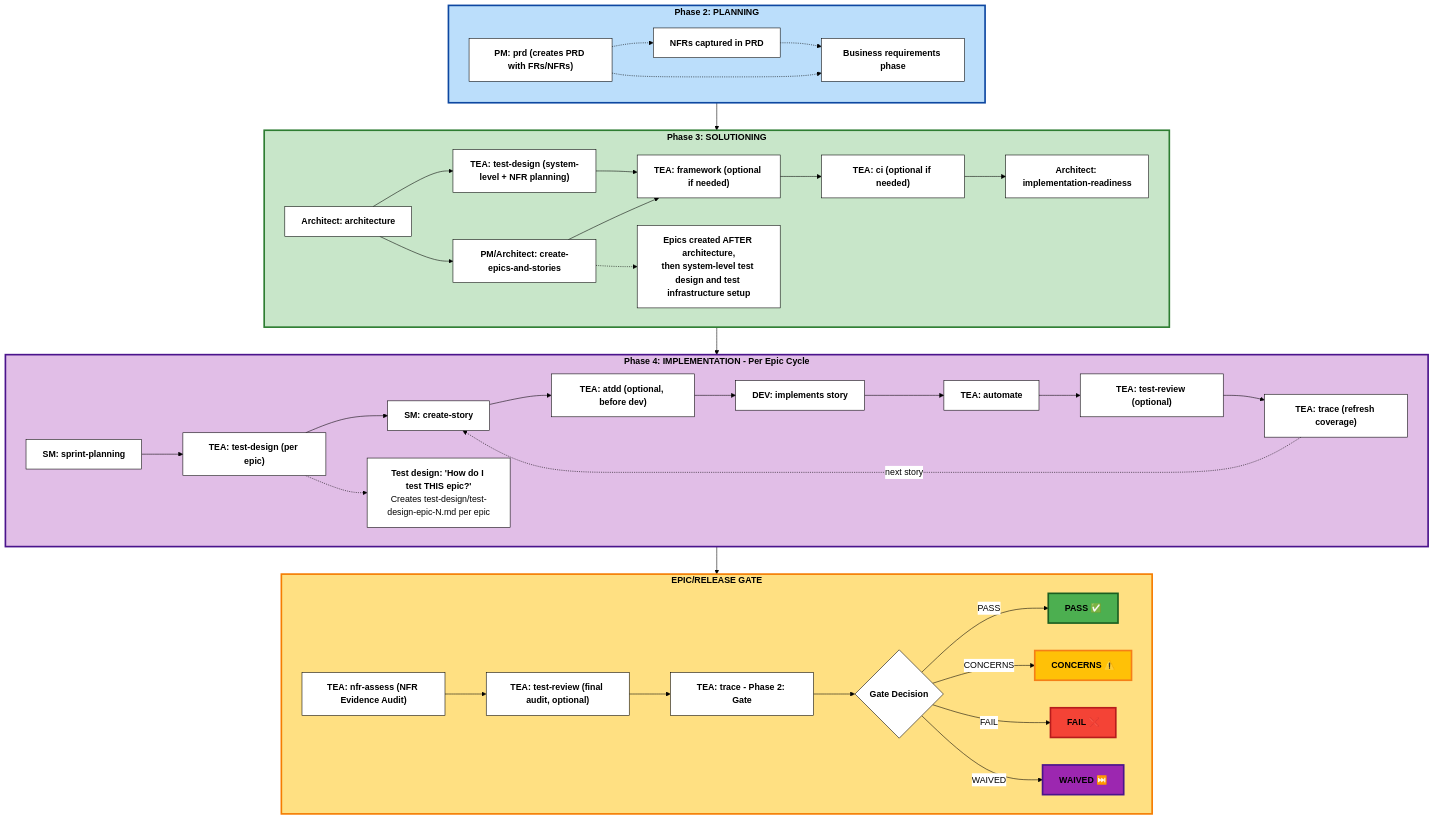
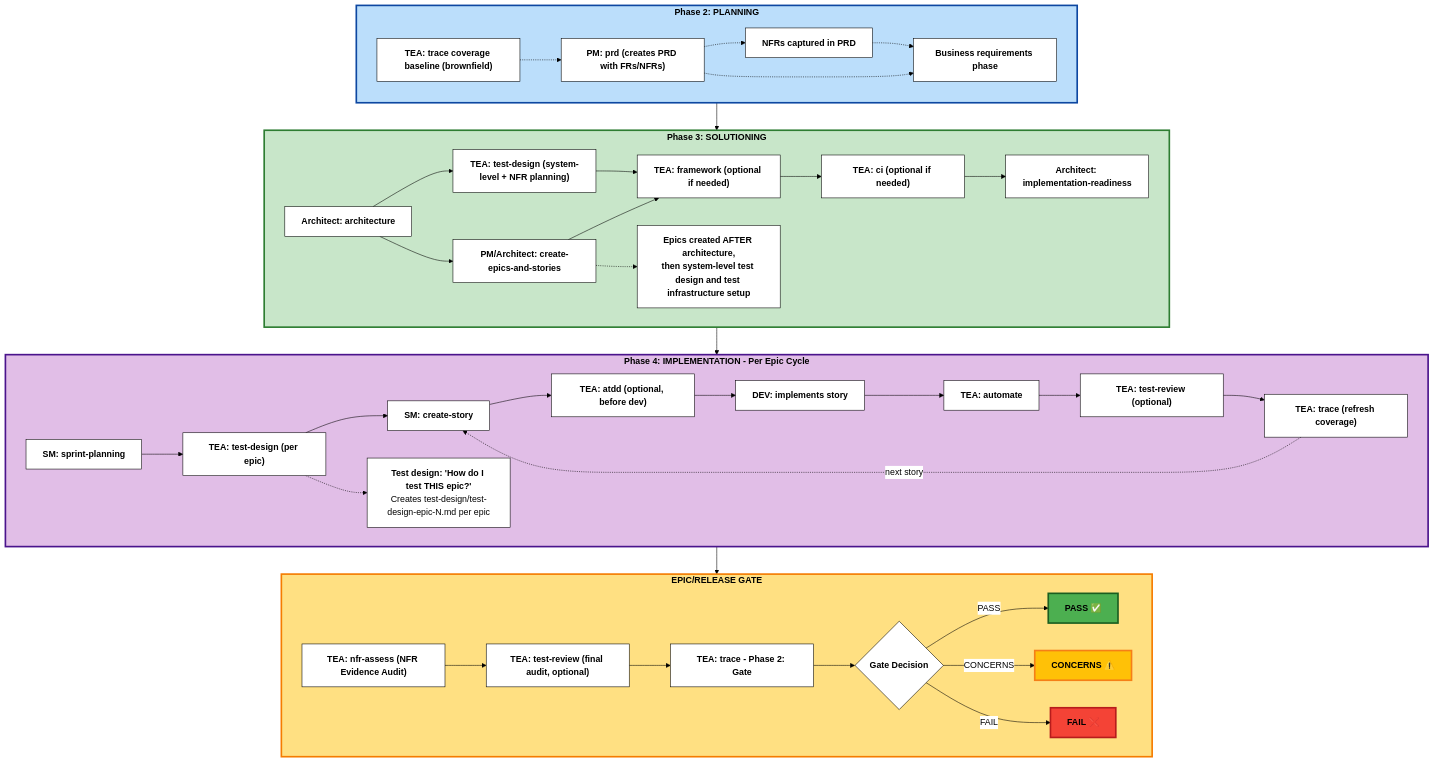
Before and after one commit to bmad-code-org/bmad-method-test-architecture-enterprise: the diagram in docs/explanation/tea-overview.md, drawn with Mermaid. The commit also changed other lines of this file and 96 other files, not shown here.

````diff
--- a/docs/explanation/tea-overview.md
+++ b/docs/explanation/tea-overview.md
@@ -52,79 +61,79 @@
 ```mermaid
 %%{init: {'theme':'base', 'themeVariables': { 'primaryColor':'#fff','primaryTextColor':'#000','primaryBorderColor':'#000','lineColor':'#000','secondaryColor':'#fff','tertiaryColor':'#fff','fontSize':'16px','fontFamily':'arial'}}}%%
 graph TB
     subgraph Phase2["<b>Phase 2: PLANNING</b>"]
+        TraceBaseline["<b>TEA: trace coverage baseline (brownfield)</b>"]
         PM["<b>PM: prd (creates PRD with FRs/NFRs)</b>"]
+        TraceBaseline -.-> PM
         PlanNote["<b>Business requirements phase</b>"]
         PrdNfr["<b>NFRs captured in PRD</b>"]
         PM -.-> PrdNfr
         PrdNfr -.-> PlanNote
         PM -.-> PlanNote
     end
 
     subgraph Phase3["<b>Phase 3: SOLUTIONING</b>"]
         Architecture["<b>Architect: architecture</b>"]
         EpicsStories["<b>PM/Architect: create-epics-and-stories</b>"]
         TestDesignSys["<b>TEA: test-design (system-level + NFR planning)</b>"]
         Framework["<b>TEA: framework (optional if needed)</b>"]
         CI["<b>TEA: ci (optional if needed)</b>"]
         GateCheck["<b>Architect: implementation-readiness</b>"]
         Architecture --> EpicsStories
         Architecture --> TestDesignSys
         TestDesignSys --> Framework
         EpicsStories --> Framework
         Framework --> CI
         CI --> GateCheck
         Phase3Note["<b>Epics created AFTER architecture,</b><br/><b>then system-level test design and test infrastructure setup</b>"]
         EpicsStories -.-> Phase3Note
     end
 
     subgraph Phase4["<b>Phase 4: IMPLEMENTATION - Per Epic Cycle</b>"]
         SprintPlan["<b>SM: sprint-planning</b>"]
         TestDesign["<b>TEA: test-design (per epic)</b>"]
         CreateStory["<b>SM: create-story</b>"]
         ATDD["<b>TEA: atdd (optional, before dev)</b>"]
         DevImpl["<b>DEV: implements story</b>"]
         Automate["<b>TEA: automate</b>"]
         TestReview1["<b>TEA: test-review (optional)</b>"]
         Trace1["<b>TEA: trace (refresh coverage)</b>"]
 
         SprintPlan --> TestDesign
         TestDesign --> CreateStory
         CreateStory --> ATDD
         ATDD --> DevImpl
         DevImpl --> Automate
         Automate --> TestReview1
         TestReview1 --> Trace1
         Trace1 -.->|next story| CreateStory
         TestDesignNote["<b>Test design: 'How do I test THIS epic?'</b><br/>Creates test-design/test-design-epic-N.md per epic"]
         TestDesign -.-> TestDesignNote
     end
 
     subgraph Gate["<b>EPIC/RELEASE GATE</b>"]
         NFR["<b>TEA: nfr-assess (NFR Evidence Audit)</b>"]
         TestReview2["<b>TEA: test-review (final audit, optional)</b>"]
         TraceGate["<b>TEA: trace - Phase 2: Gate</b>"]
         GateDecision{"<b>Gate Decision</b>"}
 
         NFR --> TestReview2
         TestReview2 --> TraceGate
         TraceGate --> GateDecision
         GateDecision -->|PASS| Pass["<b>PASS ✅</b>"]
         GateDecision -->|CONCERNS| Concerns["<b>CONCERNS ⚠️</b>"]
         GateDecision -->|FAIL| Fail["<b>FAIL ❌</b>"]
-        GateDecision -->|WAIVED| Waived["<b>WAIVED ⏭️</b>"]
     end
 
     Phase2 --> Phase3
     Phase3 --> Phase4
     Phase4 --> Gate
 
     style Phase2 fill:#bbdefb,stroke:#0d47a1,stroke-width:3px,color:#000
     style Phase3 fill:#c8e6c9,stroke:#2e7d32,stroke-width:3px,color:#000
     style Phase4 fill:#e1bee7,stroke:#4a148c,stroke-width:3px,color:#000
     style Gate fill:#ffe082,stroke:#f57c00,stroke-width:3px,color:#000
     style Pass fill:#4caf50,stroke:#1b5e20,stroke-width:3px,color:#000
     style Concerns fill:#ffc107,stroke:#f57f17,stroke-width:3px,color:#000
     style Fail fill:#f44336,stroke:#b71c1c,stroke-width:3px,color:#000
-    style Waived fill:#9c27b0,stroke:#4a148c,stroke-width:3px,color:#000
 ```
````
